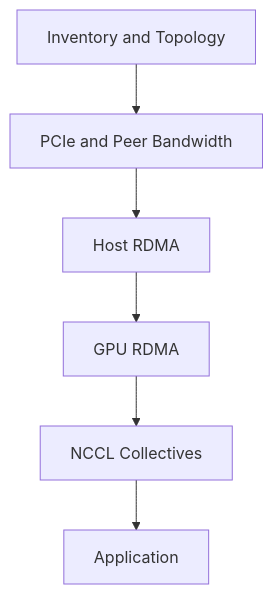
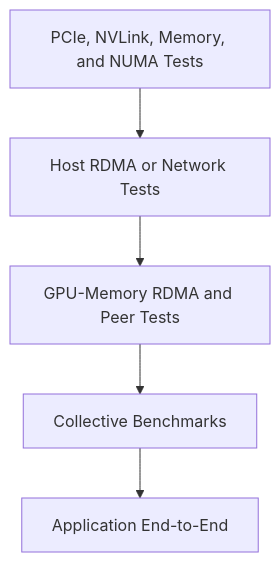
One commit to jithinpnjm/nvidia-devops changed the diagram in docs/nvidia-zero-to-hero/volume-07/chapter-10-performance-bottlenecks-and-benchmarking.md. Above: the diagram before and after it, drawn with Mermaid. The commit also changed other lines of this file and 7 other files, not shown here.

````diff
--- a/docs/nvidia-zero-to-hero/volume-07/chapter-10-performance-bottlenecks-and-benchmarking.md
+++ b/docs/nvidia-zero-to-hero/volume-07/chapter-10-performance-bottlenecks-and-benchmarking.md
@@ -18,10 +49,10 @@
 ```mermaid
 flowchart TD
-    Topo[Inventory and Topology]
-    PCIe[PCIe and Peer Bandwidth]
-    RDMA[Host RDMA]
-    GDR[GPU RDMA]
-    Coll[NCCL Collectives]
-    App[Application]
-    Topo --> PCIe --> RDMA --> GDR --> Coll --> App
+    App[Application End-to-End]
+    Collective[Collective Benchmarks]
+    GPUTransport[GPU-Memory RDMA and Peer Tests]
+    Network[Host RDMA or Network Tests]
+    Local[PCIe, NVLink, Memory, and NUMA Tests]
+
+    Local --> Network --> GPUTransport --> Collective --> App
 ```
````
